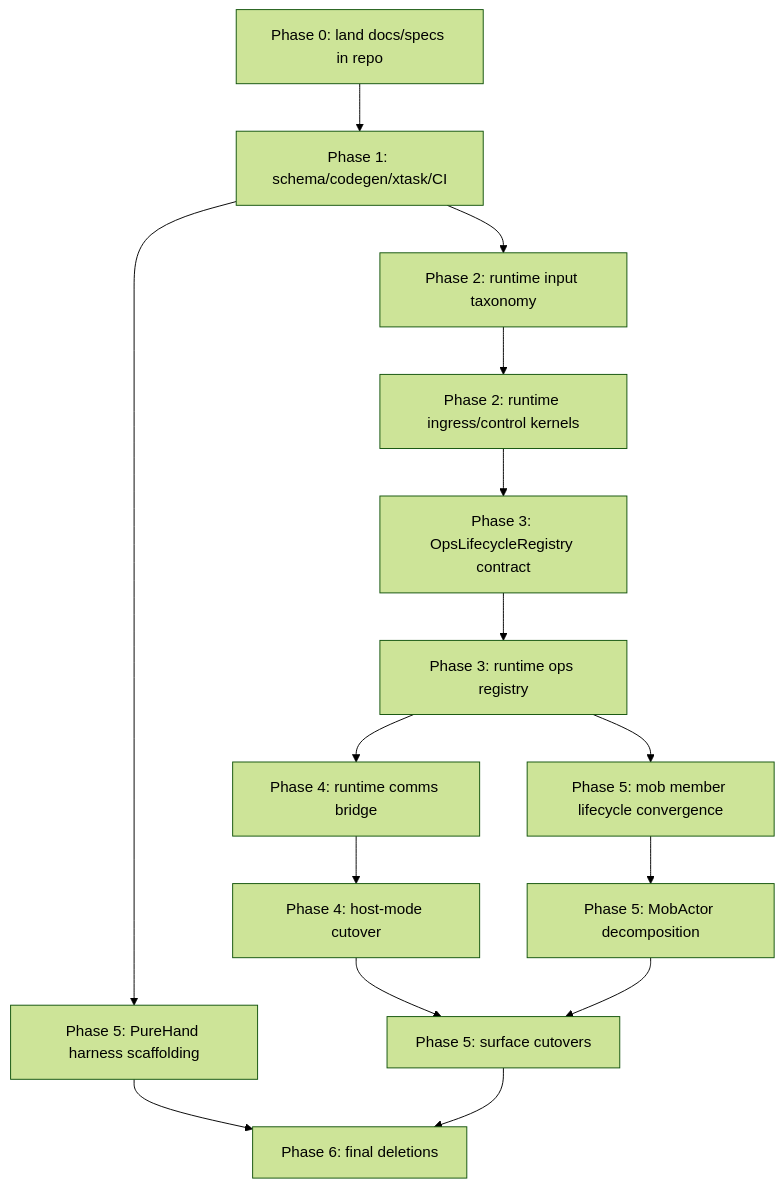
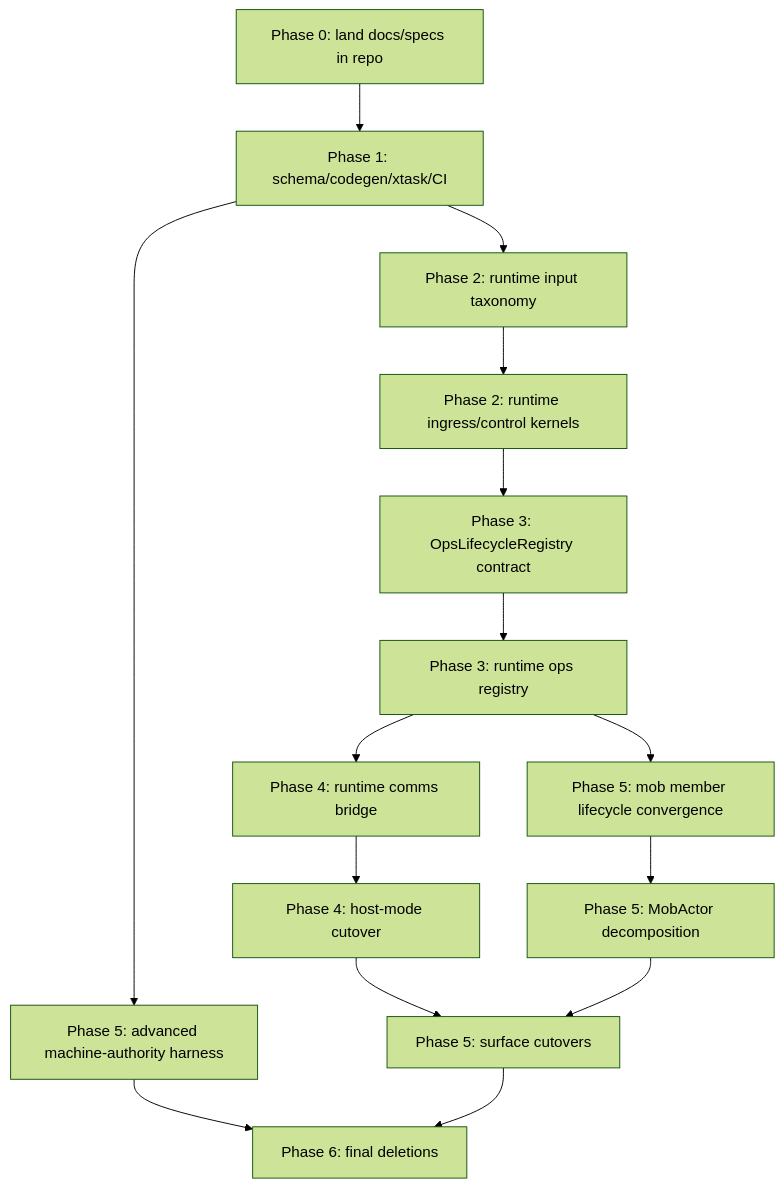
The diagram in docs/architecture/0.5/meerkat_0_5_implementation_plan.md (lukacf/meerkat), drawn with Mermaid (forest theme) before and after one commit. The commit also changed other lines of this file and 165 other files, not shown here.

Commit message:
Add 0.5 machine authority and composition validation

````diff
--- a/docs/architecture/0.5/meerkat_0_5_implementation_plan.md
+++ b/docs/architecture/0.5/meerkat_0_5_implementation_plan.md
@@ -130,17 +131,17 @@
 ```mermaid
 flowchart TD
     A0[Phase 0: land docs/specs in repo] --> A1[Phase 1: schema/codegen/xtask/CI]
     A1 --> B1[Phase 2: runtime input taxonomy]
     B1 --> B2[Phase 2: runtime ingress/control kernels]
     B2 --> C1[Phase 3: OpsLifecycleRegistry contract]
     C1 --> C2[Phase 3: runtime ops registry]
     C2 --> D1[Phase 4: runtime comms bridge]
     D1 --> D2[Phase 4: host-mode cutover]
     C2 --> E1[Phase 5: mob member lifecycle convergence]
     E1 --> E2[Phase 5: MobActor decomposition]
-    A1 --> F1[Phase 5: PureHand harness scaffolding]
+    A1 --> F1[Phase 5: advanced machine-authority harness]
     D2 --> G1[Phase 5: surface cutovers]
     E2 --> G1
     F1 --> H1[Phase 6: final deletions]
     G1 --> H1
 ```
````
